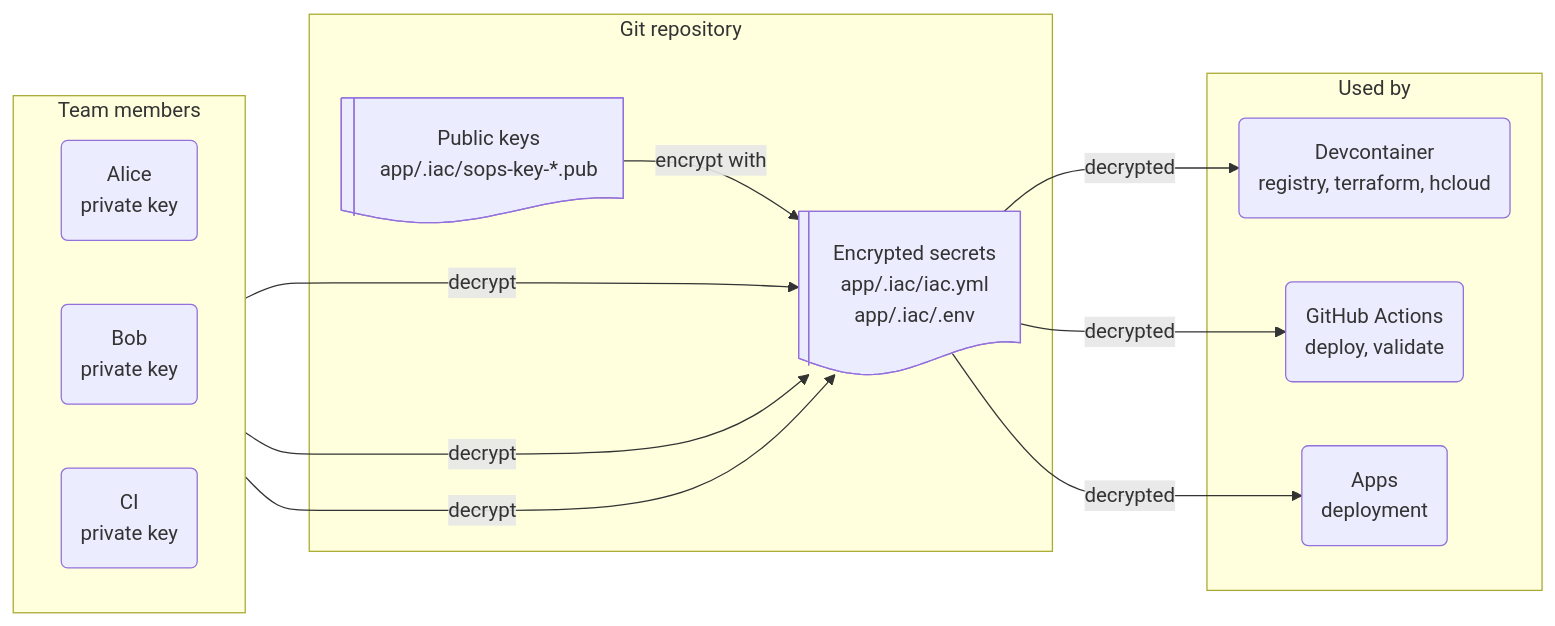
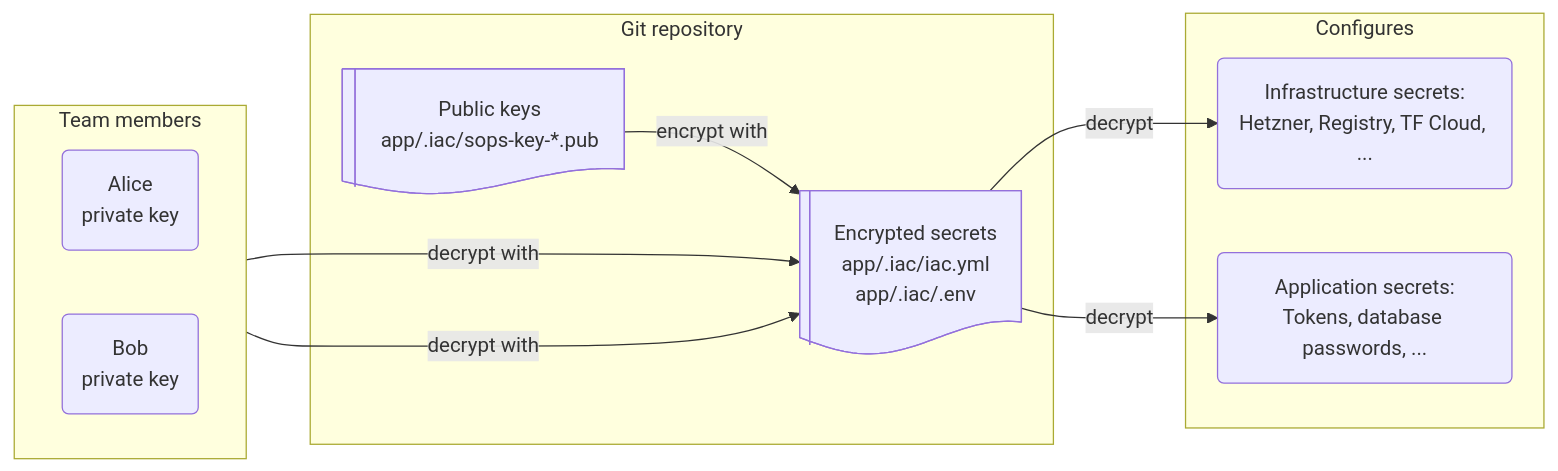
Before and after one commit to rednaw/iac: the diagram in docs/secrets.md, drawn with Mermaid. The commit also changed 9 other files, not shown here.

````diff
--- a/docs/secrets.md
+++ b/docs/secrets.md
@@ -7,28 +7,24 @@
 ```mermaid
 flowchart LR
     subgraph TEAM["Team members"]
         direction LR
         T1(Alice<br/>private key)
         T2(Bob<br/>private key)
-        T3(CI<br/>private key)
     end
 
     subgraph GIT["Git repository"]
         S@{ shape: lin-doc, label: "Encrypted secrets<br/>app/.iac/iac.yml<br/>app/.iac/.env" }
         P@{ shape: lin-doc, label: "Public keys<br/>app/.iac/sops-key-*.pub" }
     end
 
-    subgraph USE["Used by"]
-        D(Devcontainer<br/>registry, terraform, hcloud)
-        G(GitHub Actions<br/>deploy, validate)
-        A(Apps<br/>deployment)
+    subgraph USE["Configures"]
+        D(Infrastructure secrets:<br/>Hetzner, Registry, TF Cloud, ...)
+        A(Application secrets:<br/>Tokens, database passwords, ...)
     end
 
-    T1 --->|decrypt| S
-    T2 -->|decrypt| S
-    T3 -->|decrypt| S
-    S -->|decrypted| D
-    S -->|decrypted| G
-    S -->|decrypted| A
+    T1 --->|decrypt with| S
+    T2 -->|decrypt with| S
+    S -->|decrypt| D
+    S -->|decrypt| A
     P -->|encrypt with| S
 ```
````
